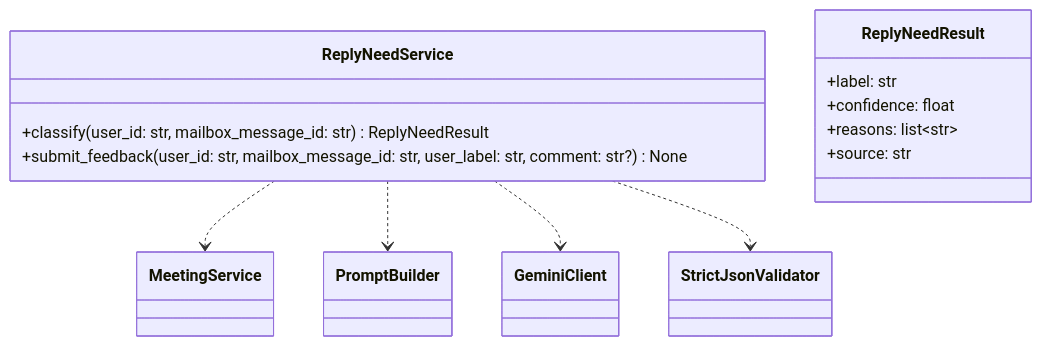
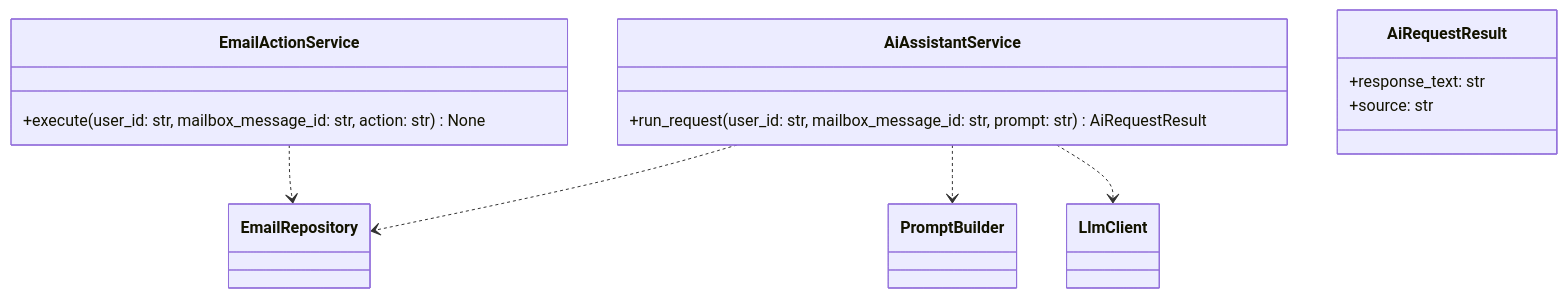
Diagram 16 of 20 in backend/backend_specification_Modules.md (XunSong02/OutlookPlus), drawn with Mermaid before and after one commit. The commit also changed other lines of this file and 159 other files, not shown here.

````diff
--- a/backend/backend_specification_Modules.md
+++ b/backend/backend_specification_Modules.md
@@ -1135,17 +1200,17 @@
 ```mermaid
 classDiagram
-	class ReplyNeedService {
-		+classify(user_id: str, mailbox_message_id: str) ReplyNeedResult
-		+submit_feedback(user_id: str, mailbox_message_id: str, user_label: str, comment: str?) None
+	class AiAssistantService {
+		+run_request(user_id: str, mailbox_message_id: str, prompt: str) AiRequestResult
 	}
-	class ReplyNeedResult {
-		+label: str
-		+confidence: float
-		+reasons: list~str~
+	class EmailActionService {
+		+execute(user_id: str, mailbox_message_id: str, action: str) None
+	}
+	class AiRequestResult {
+		+response_text: str
 		+source: str
 	}
-	ReplyNeedService ..> MeetingService
-	ReplyNeedService ..> PromptBuilder
-	ReplyNeedService ..> GeminiClient
-	ReplyNeedService ..> StrictJsonValidator
+	AiAssistantService ..> EmailRepository
+	AiAssistantService ..> PromptBuilder
+	AiAssistantService ..> LlmClient
+	EmailActionService ..> EmailRepository
 ```
````
